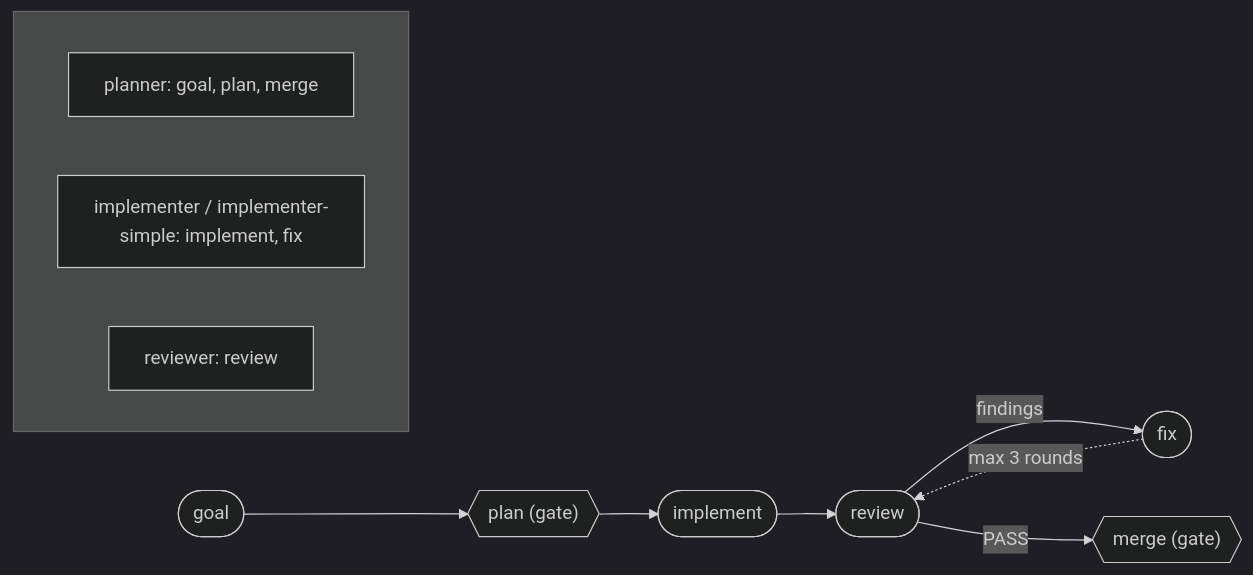
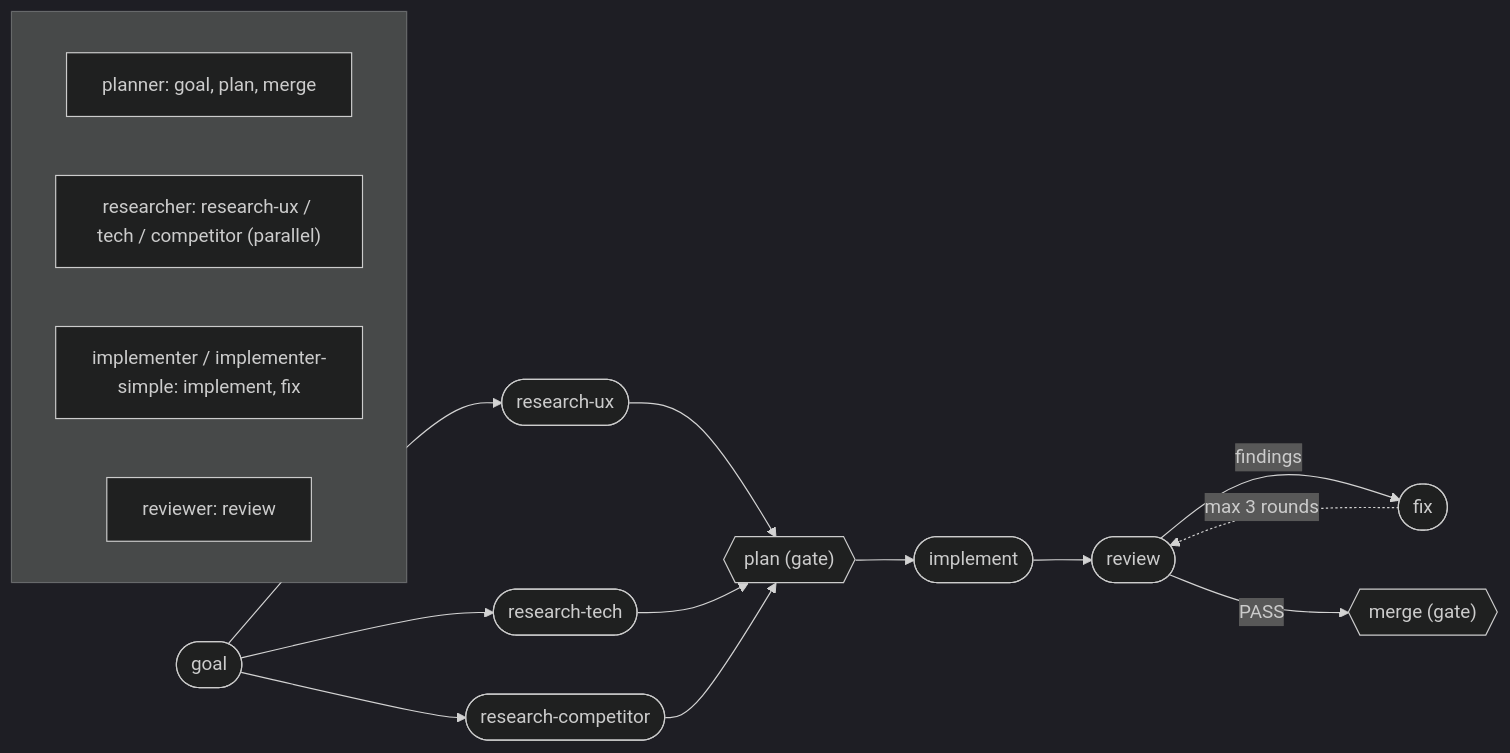
One commit to ShonP/graph-engineering changed the diagram in README.md. Above: the diagram before and after it, drawn with Mermaid (dark theme). The commit also changed other lines of this file and 11 other files, not shown here.

First line of the commit message:
No ask starts from priors - prior-art house rule, research MAP in feature graph

````diff
--- a/README.md
+++ b/README.md
@@ -31,16 +31,18 @@
 ```mermaid
 flowchart LR
-    goal([goal]) --> plan{{"plan (gate)"}}
+    goal([goal]) --> rux([research-ux]) & rtech([research-tech]) & rcomp([research-competitor])
+    rux & rtech & rcomp --> plan{{"plan (gate)"}}
     plan --> implement([implement])
     implement --> review([review])
     review -->|findings| fix([fix])
     fix -.->|"max 3 rounds"| review
     review -->|PASS| merge{{"merge (gate)"}}
 
     subgraph agents [" "]
         direction LR
         a1["planner: goal, plan, merge"]
+        a0["researcher: research-ux / tech / competitor (parallel)"]
         a2["implementer / implementer-simple: implement, fix"]
         a3["reviewer: review"]
     end
 ```
````
